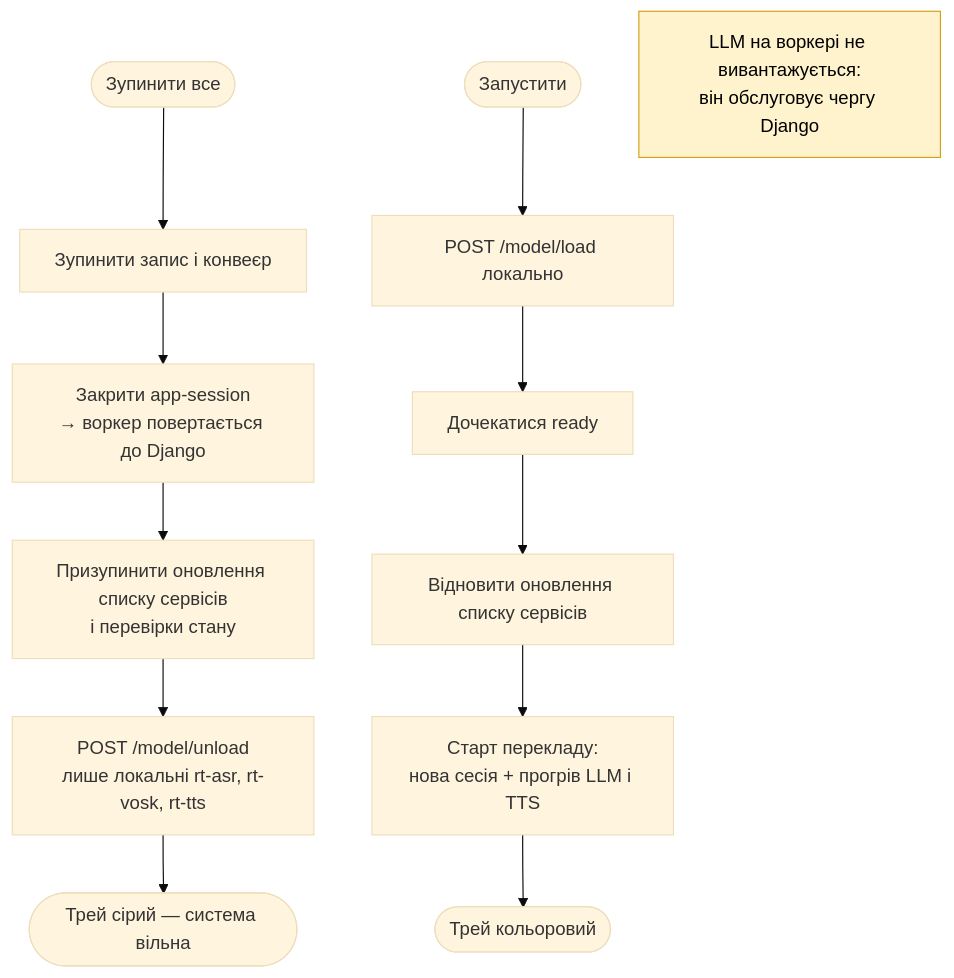
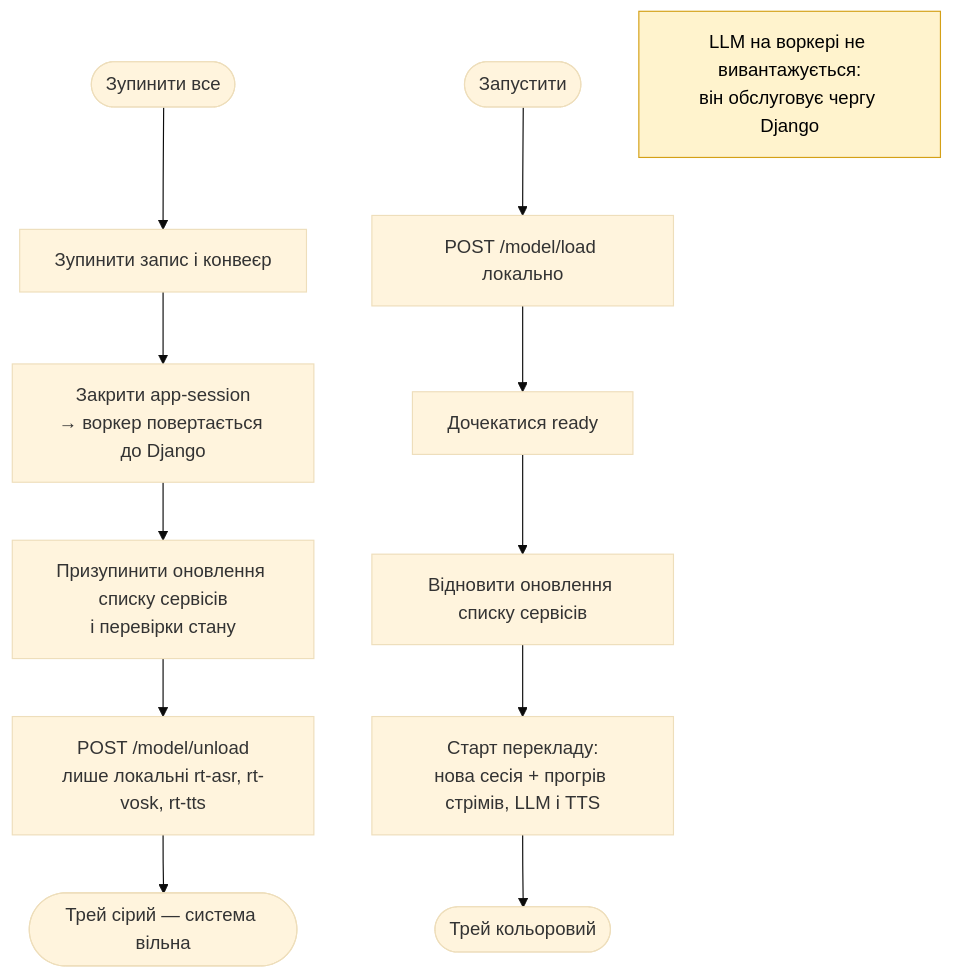
The third of 4 diagrams in docs/pipeline-diagrams.md (DohuyaMa/realtime-translation), drawn with Mermaid (base theme) before and after one commit. The commit also changed other lines of this file and 15 other files, not shown here.

````diff
--- a/docs/pipeline-diagrams.md
+++ b/docs/pipeline-diagrams.md
@@ -112,17 +114,17 @@
 ```mermaid
 flowchart TB
   STOP(["Зупинити все"]) --> S1["Зупинити запис і конвеєр"]
   S1 --> S2["Закрити app-session<br/>→ воркер повертається до Django"]
   S2 --> S3["Призупинити оновлення списку сервісів<br/>і перевірки стану"]
   S3 --> S4["POST /model/unload<br/>лише локальні rt-asr, rt-vosk, rt-tts"]
   S4 --> IDLE(["Трей сірий — система вільна"])
 
   START(["Запустити"]) --> R1["POST /model/load локально"]
   R1 --> R2["Дочекатися ready"]
   R2 --> R3["Відновити оновлення списку сервісів"]
-  R3 --> R4["Старт перекладу:<br/>нова сесія + прогрів LLM і TTS"]
+  R3 --> R4["Старт перекладу:<br/>нова сесія + прогрів стрімів, LLM і TTS"]
   R4 --> RUN(["Трей кольоровий"])
 
   NOTE["LLM на воркері не вивантажується:<br/>він обслуговує чергу Django"]:::n
   classDef n fill:#fff3cd,stroke:#d4a017,color:#000
 ```
````
